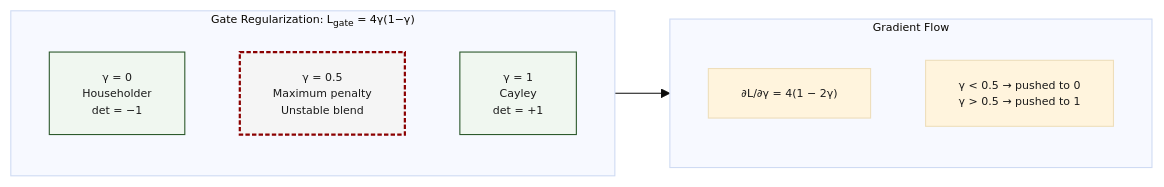
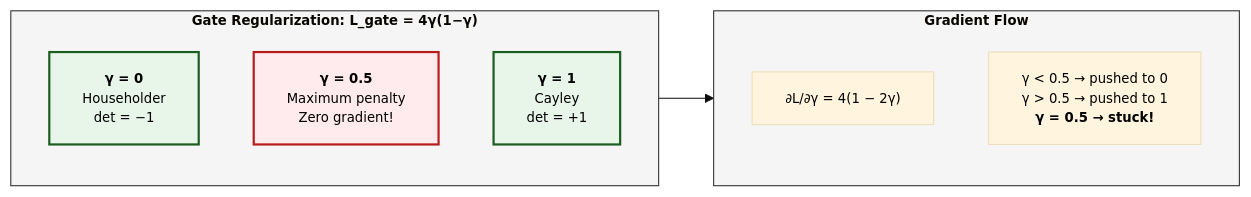
The sixth of 7 diagrams in docs/RESEARCH.md (arash-shahmansoori/edelta), drawn with Mermaid before and after one commit. The commit also changed other lines of this file, not shown here.

First line of the commit message:
Update date to February 2026, improve diagram visibility

````diff
--- a/docs/RESEARCH.md
+++ b/docs/RESEARCH.md
@@ -1170,22 +1136,24 @@
 ```mermaid
-%%{init: {'theme': 'base', 'themeVariables': { 'fontSize': '10px', 'fontFamily': 'Times New Roman, serif', 'primaryTextColor': '#1a1a1a'}}}%%
+%%{init: {'theme': 'base', 'themeVariables': { 'fontSize': '12px', 'fontFamily': 'Arial, Helvetica, sans-serif', 'primaryTextColor': '#000000'}}}%%
 flowchart LR
-    subgraph PENALTY["Gate Regularization: L<sub>gate</sub> = 4γ(1−γ)"]
+    subgraph PENALTY["<b>Gate Regularization: L_gate = 4γ(1−γ)</b>"]
         direction TB
-        G0["γ = 0<br/>Householder<br/>det = −1"]
-        G05["γ = 0.5<br/>Maximum penalty<br/>Unstable blend"]
-        G1["γ = 1<br/>Cayley<br/>det = +1"]
+        G0["<b>γ = 0</b><br/>Householder<br/>det = −1"]
+        G05["<b>γ = 0.5</b><br/>Maximum penalty<br/>Zero gradient!"]
+        G1["<b>γ = 1</b><br/>Cayley<br/>det = +1"]
     end
     
-    subgraph DYNAMICS["Gradient Flow"]
+    subgraph DYNAMICS["<b>Gradient Flow</b>"]
         direction TB
         GR["∂L/∂γ = 4(1 − 2γ)"]
-        DIR["γ < 0.5 → pushed to 0<br/>γ > 0.5 → pushed to 1"]
+        DIR["γ < 0.5 → pushed to 0<br/>γ > 0.5 → pushed to 1<br/><b>γ = 0.5 → stuck!</b>"]
     end
     
     PENALTY --> DYNAMICS
     
-    style G0 fill:#f0f7f0,stroke:#2d5a2d,stroke-width:1px
-    style G05 fill:#f5f5f5,stroke:#8b0000,stroke-width:2px,stroke-dasharray:4 2
-    style G1 fill:#f0f7f0,stroke:#2d5a2d,stroke-width:1px
+    style G0 fill:#e8f5e9,stroke:#1b5e20,stroke-width:2px
+    style G05 fill:#ffebee,stroke:#b71c1c,stroke-width:2px
+    style G1 fill:#e8f5e9,stroke:#1b5e20,stroke-width:2px
+    style PENALTY fill:#f5f5f5,stroke:#333333,stroke-width:1px
+    style DYNAMICS fill:#f5f5f5,stroke:#333333,stroke-width:1px
 ```
````
